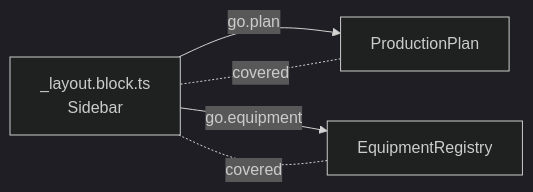
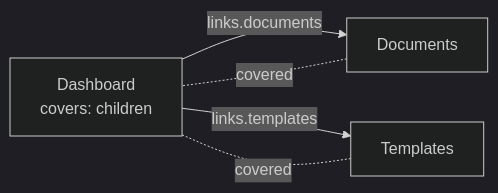
The diagram in docs/guides/layouts.md (deviate-dv8/waygraph), drawn with Mermaid (dark theme) before and after one commit. The commit also changed other lines of this file and 26 other files, not shown here.

Commit message:
A page covers pages (covers, links, interrupts, opens, bare shells): no separate layout kind; defineLayout deprecated; saucedemo/scaffold shells migrated; docs and skills

````diff
--- a/docs/guides/layouts.md
+++ b/docs/guides/layouts.md
@@ -7,7 +7,7 @@
 ```mermaid
 graph LR
-  L[_layout.block.ts<br/>Sidebar] -->|go.plan| P[ProductionPlan]
-  L -->|go.equipment| E[EquipmentRegistry]
-  P -.covered.- L
-  E -.covered.- L
+  S[Dashboard<br/>covers: children] -->|links.documents| D[Documents]
+  S -->|links.templates| T[Templates]
+  D -.covered.- S
+  T -.covered.- S
 ```
````
